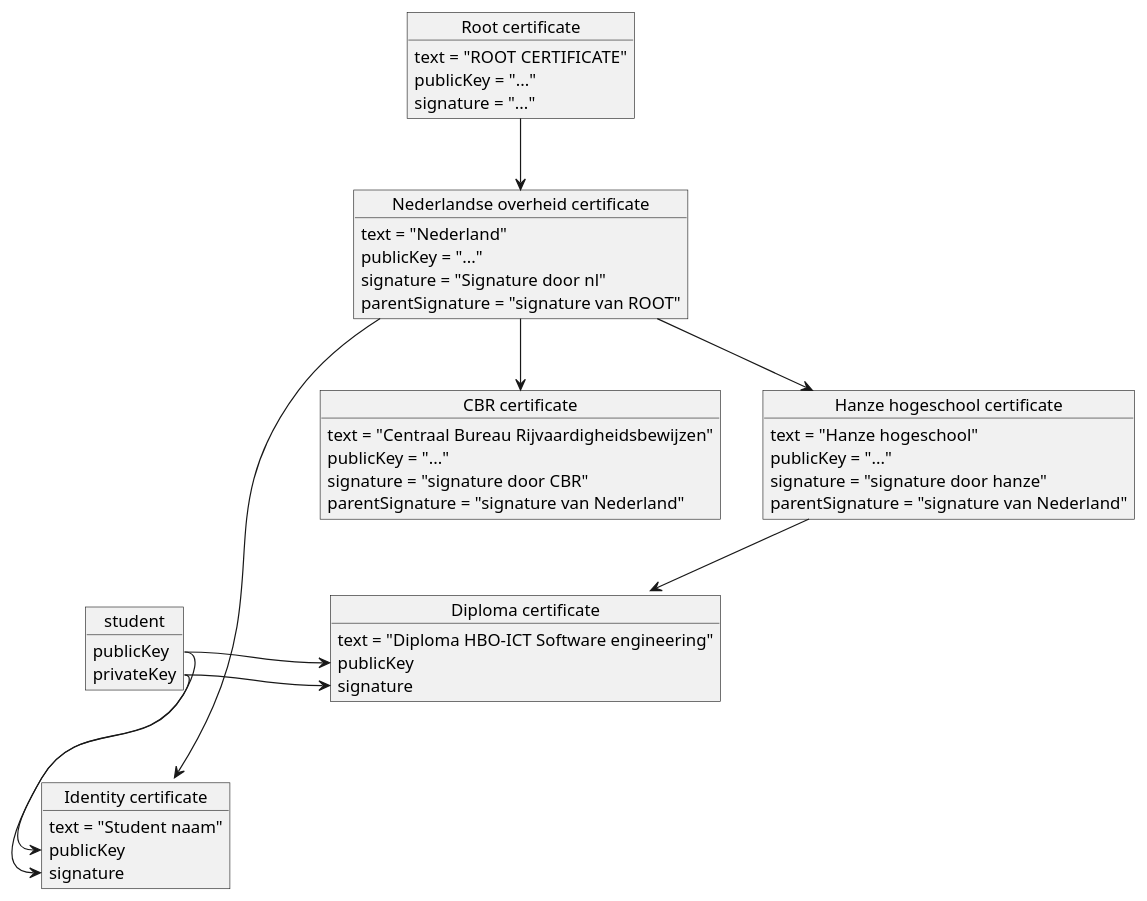
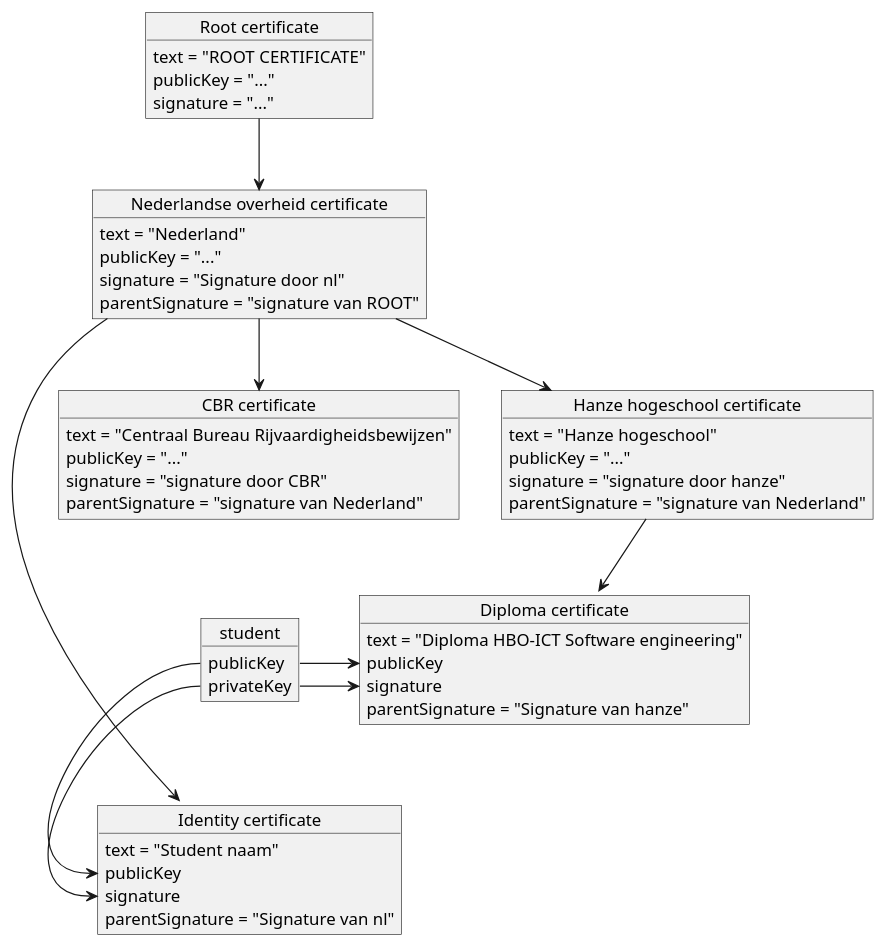
The diagram in diagrams/certificate-chain.puml (SelSolvID/docs), drawn with PlantUML before and after one commit.

Commit message:
Add signatures in diagram

```diff
--- a/diagrams/certificate-chain.puml
+++ b/diagrams/certificate-chain.puml
@@ -1,62 +1,64 @@
 @startuml certificate chain
 object "Root certificate" as rcrt {
   text = "ROOT CERTIFICATE"
   publicKey = "..."
   signature = "..."
 }
 object "Nederlandse overheid certificate" as nl {
   text = "Nederland"
   publicKey = "..."
   signature = "Signature door nl"
   parentSignature = "signature van ROOT"
 }
 
 rcrt --> nl
 
 
 object "CBR certificate" as CBR {
   text = "Centraal Bureau Rijvaardigheidsbewijzen"
   publicKey = "..."
   signature = "signature door CBR"
   parentSignature = "signature van Nederland"
 }
 
 nl --> CBR
 
 object "Hanze hogeschool certificate" as hanze {
   text = "Hanze hogeschool"
   publicKey = "..."
   signature = "signature door hanze"
   parentSignature = "signature van Nederland"
 }
 
 nl --> hanze
 
 object student {
   publicKey
   privateKey
 }
 
 object "Diploma certificate" as Diploma {
   text = "Diploma HBO-ICT Software engineering"
   publicKey
   signature
+  parentSignature = "Signature van hanze"
 }
 
 object "Identity certificate" as id {
   text = "Student naam"
   publicKey
   signature
+  parentSignature = "Signature van nl"
 }
 
 nl -> id
 
 student::publicKey -> Diploma::publicKey
 student::privateKey -> Diploma::signature
 student::publicKey --> id::publicKey
 student::privateKey --> id::signature
 
 hanze --> Diploma
  
 
 @enduml
```
